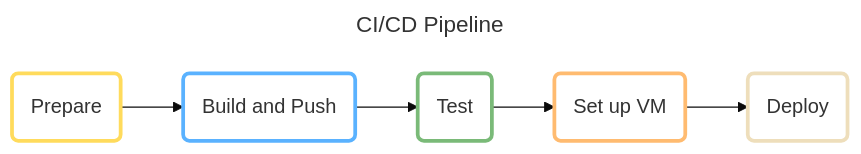
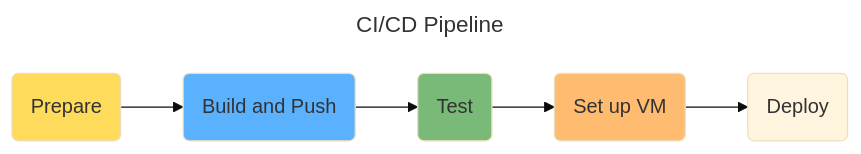
One commit to DevOps-2024-group-p/maxitwit changed the sixth of 10 diagrams in report/report.md. Above: the diagram before and after it, drawn with Mermaid (base theme). The commit also changed other lines of this file, not shown here.

````diff
--- a/report/report.md
+++ b/report/report.md
@@ -201,16 +205,15 @@
 ```mermaid
 ---
 title: CI/CD Pipeline
 ---
 flowchart LR
         id0("Prepare")-->id1("Build and Push")
         id1-->id2("Test")
         id2-->id3("Set up VM")
         id3-->id4("Deploy")
 
-        style id0 stroke:#FFDB5C, stroke-width:3px, fill:#FFFFFF
-        style id1 stroke:#5AB2FF, stroke-width:3px, fill:#FFFFFF
-        style id2 stroke:#7ABA78, stroke-width:3px, fill:#FFFFFF
-        style id3 stroke:#FFBB70, stroke-width:3px, fill:#FFFFFF
-        style id4 stroke-width:3px, fill:#FFFFFF
+        style id0 fill:#FFDB5C
+        style id1 fill:#5AB2FF
+        style id2 fill:#7ABA78
+        style id3 fill:#FFBB70
 ```
````
